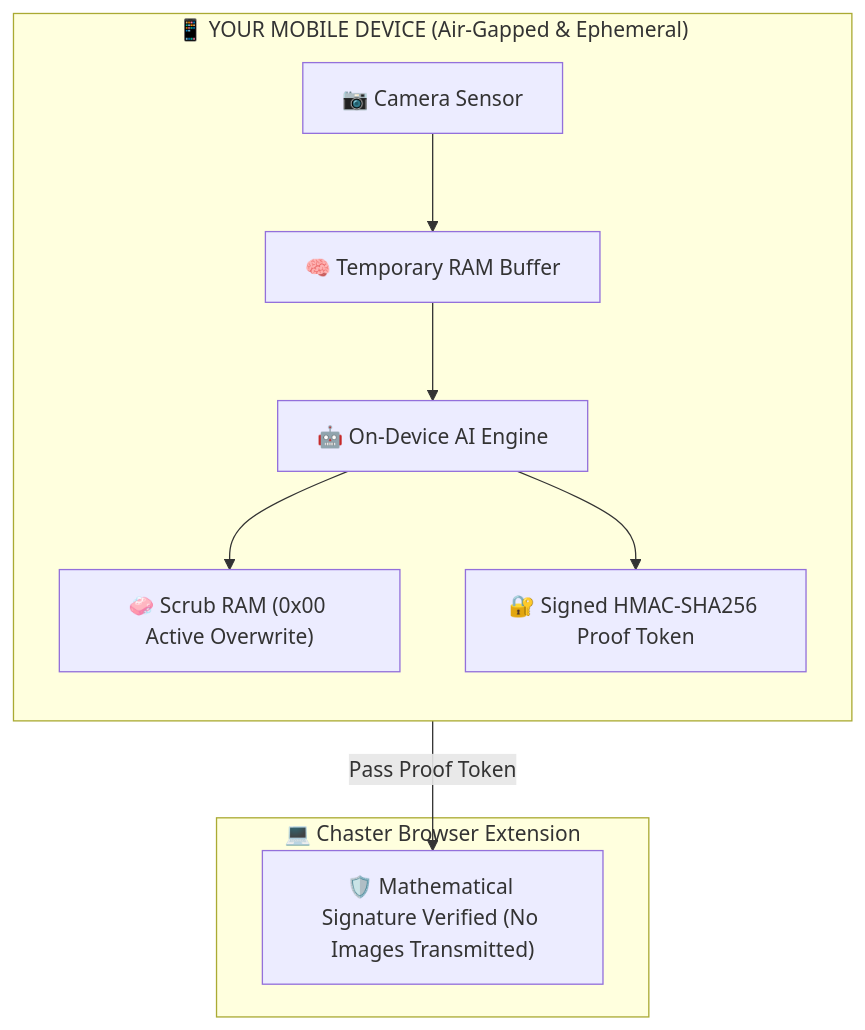
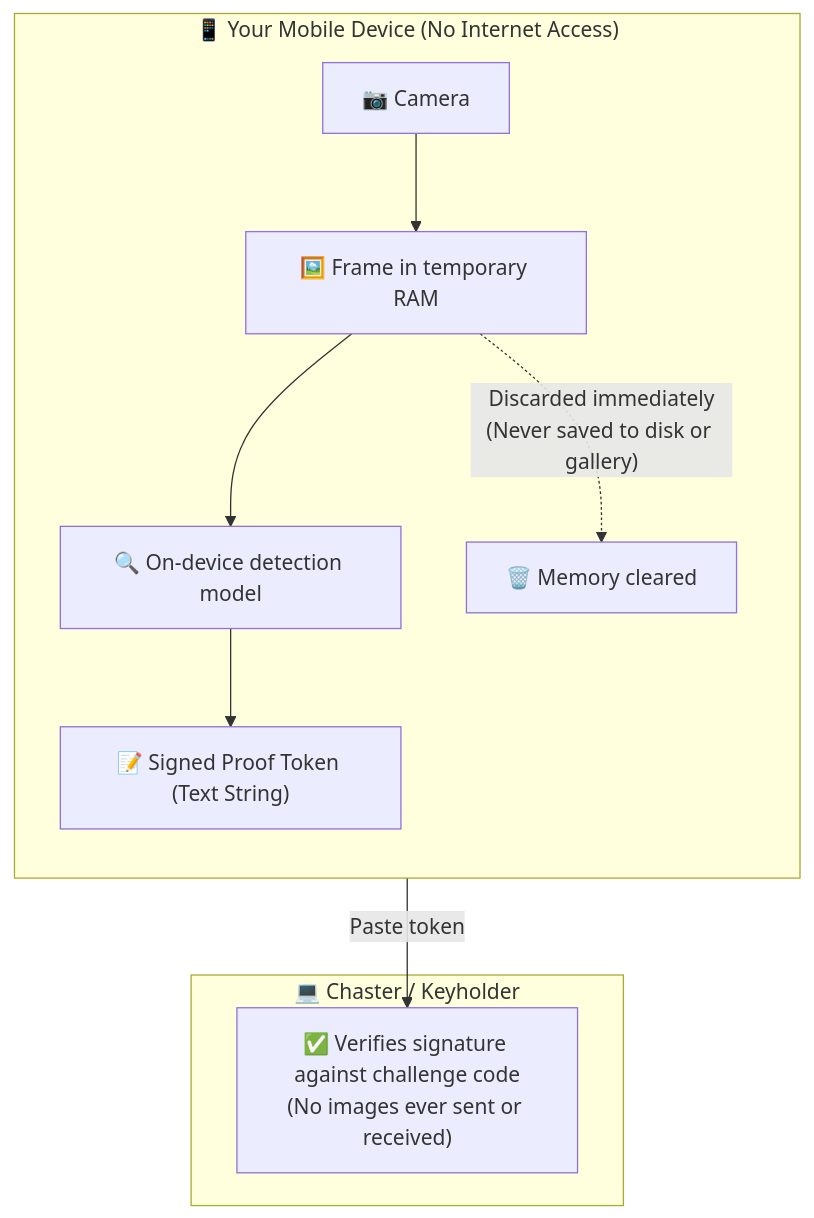
Before and after one commit to osepam-netizen/lv: the diagram in README.md, drawn with Mermaid. The commit also changed other lines of this file and 1 other file, not shown here.

````diff
--- a/README.md
+++ b/README.md
@@ -20,16 +22,16 @@
 ```mermaid
 flowchart TD
-    subgraph Device["📱 YOUR MOBILE DEVICE (Air-Gapped & Ephemeral)"]
+    subgraph Device["📱 Your Mobile Device (No Internet Access)"]
         direction TB
-        Camera["📷 Camera Sensor"] --> RAM["🧠 Temporary RAM Buffer"]
-        RAM --> AI["🤖 On-Device AI Engine"]
-        AI --> Scrub["🧼 Scrub RAM (0x00 Active Overwrite)"]
-        AI --> Token["🔐 Signed HMAC-SHA256 Proof Token"]
+        Camera["📷 Camera"] --> Frame["🖼️ Frame in temporary RAM"]
+        Frame --> Model["🔍 On-device detection model"]
+        Model --> Token["📝 Signed Proof Token (Text String)"]
+        Frame -.->|"Discarded immediately\n(Never saved to disk or gallery)"| Dropped["🗑️ Memory cleared"]
     end
 
-    subgraph Chaster["💻 Chaster Browser Extension"]
-        Verify["🛡️ Mathematical Signature Verified (No Images Transmitted)"]
+    subgraph Keyholder["💻 Chaster / Keyholder"]
+        Verify["✅ Verifies signature against challenge code\n(No images ever sent or received)"]
     end
 
-    Token -->|"Pass Proof Token"| Verify
+    Token -->|"Paste token"| Verify
 ```
````
